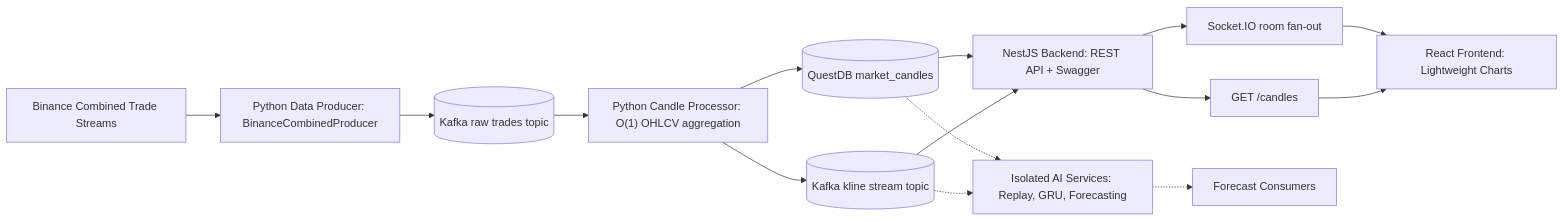
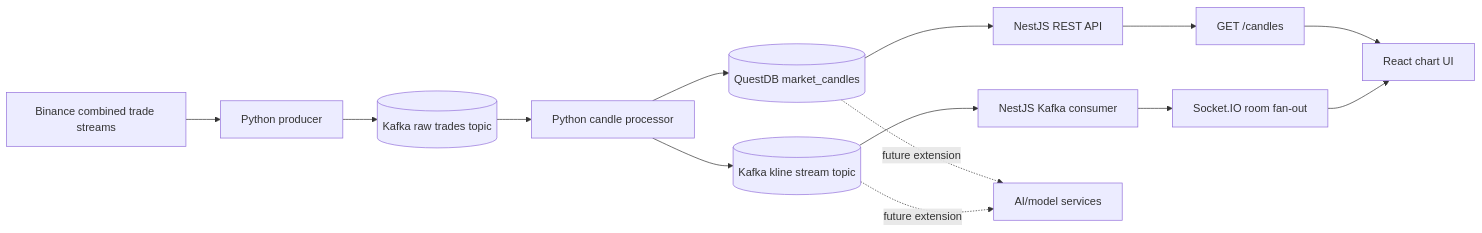
Before and after one commit to Zane-Theodore/NexTick: the diagram in README.md, drawn with Mermaid. The commit also changed other lines of this file and 6 other files, not shown here.

````diff
--- a/README.md
+++ b/README.md
@@ -11,18 +22,17 @@
 ```mermaid
 flowchart LR
-  binance["Binance Combined Trade Streams"] --> producer["Python Data Producer: BinanceCombinedProducer"]
+  binance["Binance combined trade streams"] --> producer["Python producer"]
   producer --> raw[("Kafka raw trades topic")]
-  raw --> processor["Python Candle Processor: O(1) OHLCV aggregation"]
+  raw --> processor["Python candle processor"]
+  processor --> questdb[("QuestDB market_candles")]
   processor --> kline[("Kafka kline stream topic")]
-  processor --> questdb[("QuestDB market_candles")]
-  questdb --> backend["NestJS Backend: REST API + Swagger"]
-  kline --> backend
-  backend --> socket["Socket.IO room fan-out"]
+  questdb --> backend["NestJS REST API"]
+  kline --> backendSocket["NestJS Kafka consumer"]
+  backendSocket --> socket["Socket.IO room fan-out"]
   backend --> rest["GET /candles"]
-  socket --> frontend["React Frontend: Lightweight Charts"]
-  rest --> frontend
+  rest --> frontend["React chart UI"]
+  socket --> frontend
 
-  questdb -.-> ai["Isolated AI Services: Replay, GRU, Forecasting"]
-  kline -.-> ai
-  ai -.-> future["Forecast Consumers"]
+  questdb -. future extension .-> ai["AI/model services"]
+  kline -. future extension .-> ai
 ```
````
